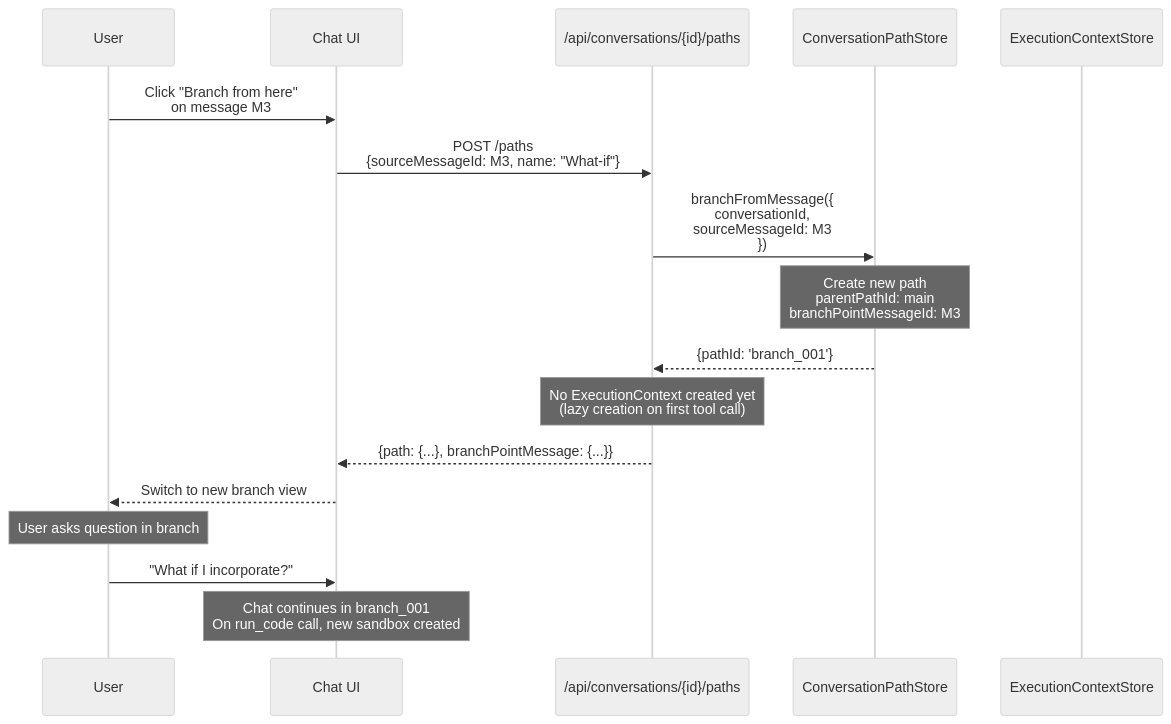
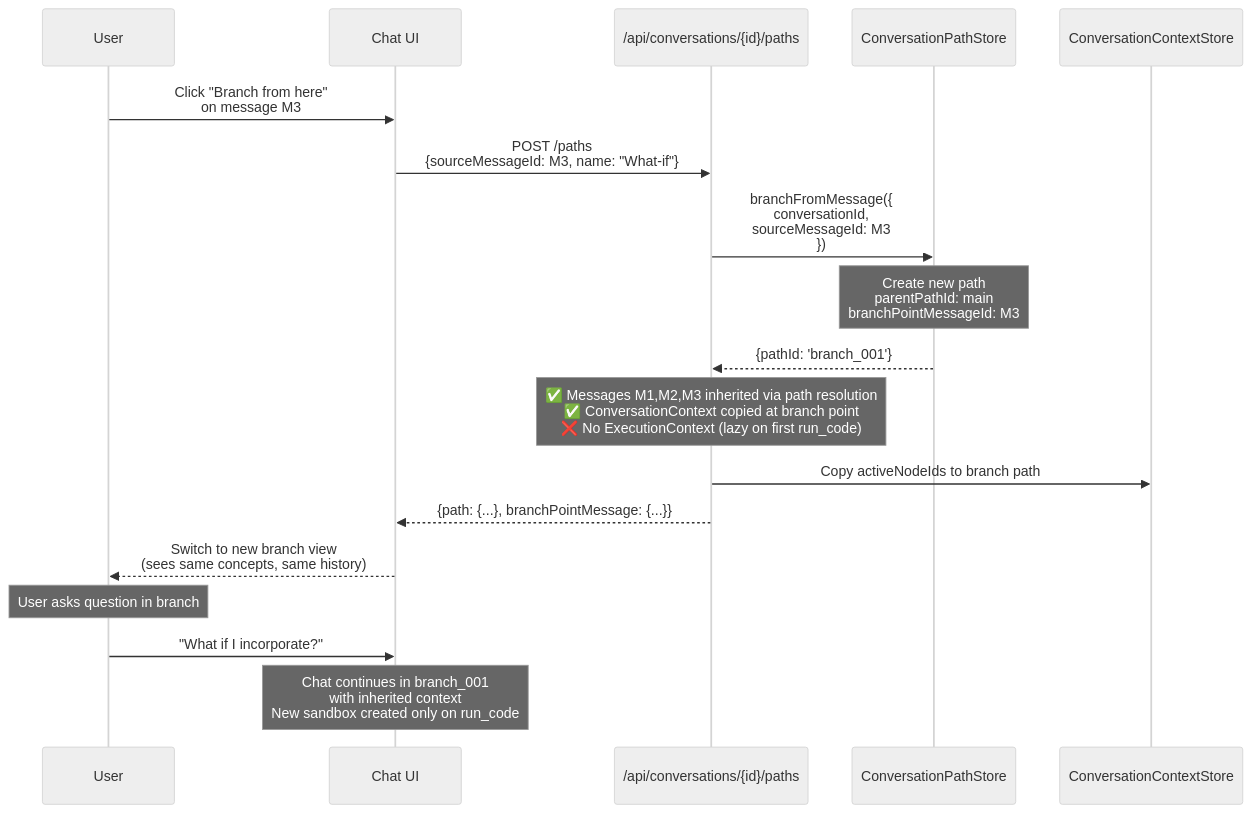
Before and after one commit to airnub-labs/regulatory-intelligence-copilot: the seventh of 13 diagrams in docs/architecture/architecture_diagrams_v_0_7.md, drawn with Mermaid (neutral theme). The commit also changed other lines of this file and 2 other files, not shown here.

First line of the commit message:
Clarify branching behavior: ConversationContext IS inherited, sandbox is NOT

````diff
--- a/docs/architecture/architecture_diagrams_v_0_7.md
+++ b/docs/architecture/architecture_diagrams_v_0_7.md
@@ -302,30 +314,32 @@
 ```mermaid
 sequenceDiagram
     participant User
     participant UI as Chat UI
     participant API as /api/conversations/{id}/paths
     participant PathStore as ConversationPathStore
-    participant ExecStore as ExecutionContextStore
+    participant CtxStore as ConversationContextStore
 
     User->>UI: Click "Branch from here"<br/>on message M3
 
     UI->>API: POST /paths<br/>{sourceMessageId: M3, name: "What-if"}
 
     API->>PathStore: branchFromMessage({<br/>  conversationId,<br/>  sourceMessageId: M3<br/>})
 
     Note over PathStore: Create new path<br/>parentPathId: main<br/>branchPointMessageId: M3
 
     PathStore-->>API: {pathId: 'branch_001'}
 
-    Note over API: No ExecutionContext created yet<br/>(lazy creation on first tool call)
+    Note over API: ✅ Messages M1,M2,M3 inherited via path resolution<br/>✅ ConversationContext copied at branch point<br/>❌ No ExecutionContext (lazy on first run_code)
+
+    API->>CtxStore: Copy activeNodeIds to branch path
 
     API-->>UI: {path: {...}, branchPointMessage: {...}}
 
-    UI-->>User: Switch to new branch view
+    UI-->>User: Switch to new branch view<br/>(sees same concepts, same history)
 
     Note over User: User asks question in branch
 
     User->>UI: "What if I incorporate?"
 
-    Note over UI: Chat continues in branch_001<br/>On run_code call, new sandbox created
+    Note over UI: Chat continues in branch_001<br/>with inherited context<br/>New sandbox created only on run_code
 ```
````
